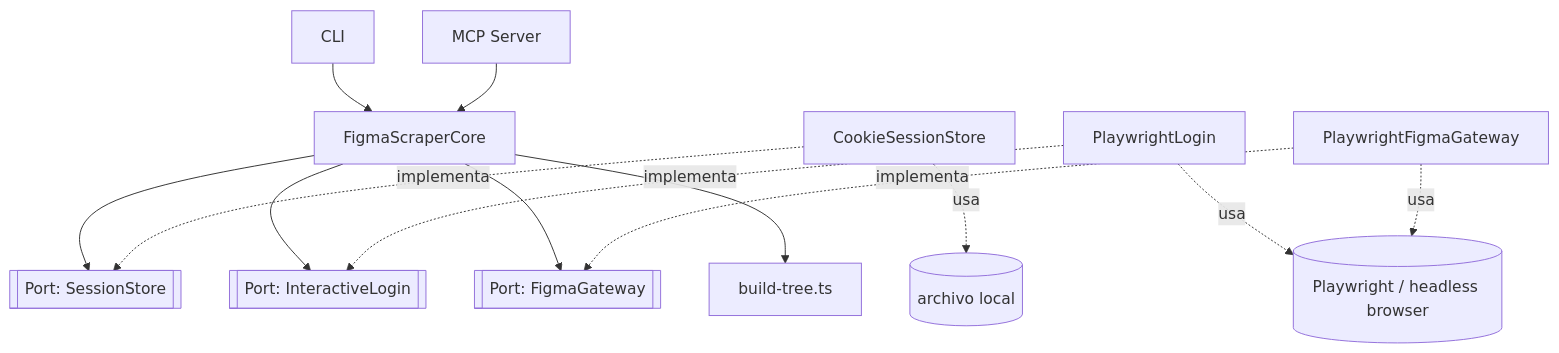
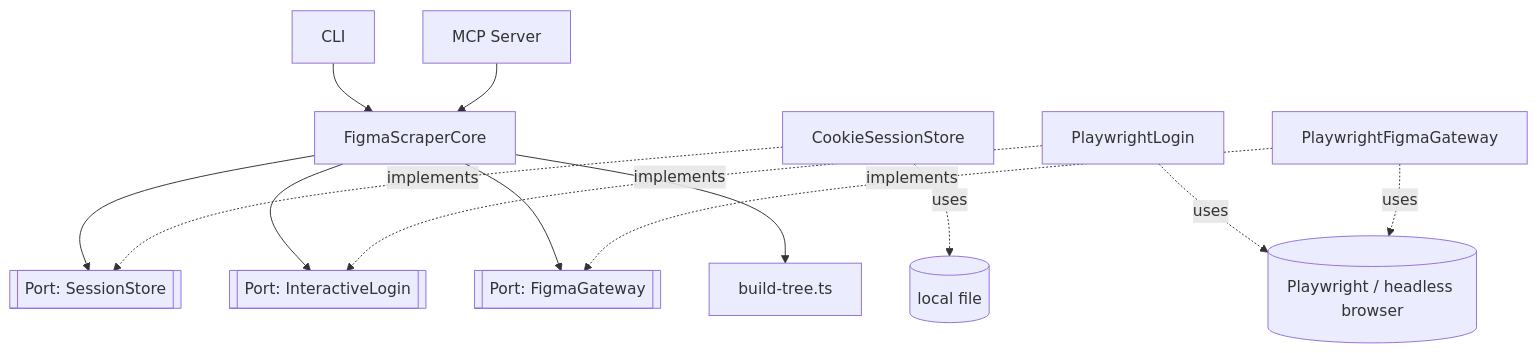
The diagram in packages/core/adr/ADR-figtools-core.md (dryor/figtools), drawn with Mermaid before and after one commit. The commit also changed other lines of this file and 54 other files, not shown here.

````diff
--- a/packages/core/adr/ADR-figtools-core.md
+++ b/packages/core/adr/ADR-figtools-core.md
@@ -114,18 +117,18 @@
 ```mermaid
 flowchart TD
     CLI[CLI] --> Core[FigmaScraperCore]
     MCP[MCP Server] --> Core
 
     Core --> PSession[["Port: SessionStore"]]
     Core --> PLogin[["Port: InteractiveLogin"]]
     Core --> PGateway[["Port: FigmaGateway"]]
     Core --> BuildTree[build-tree.ts]
 
-    ACookie[CookieSessionStore] -.implementa.-> PSession
-    ALogin[PlaywrightLogin] -.implementa.-> PLogin
-    AGateway[PlaywrightFigmaGateway] -.implementa.-> PGateway
+    ACookie[CookieSessionStore] -.implements.-> PSession
+    ALogin[PlaywrightLogin] -.implements.-> PLogin
+    AGateway[PlaywrightFigmaGateway] -.implements.-> PGateway
 
-    ACookie -.usa.-> FS[(archivo local)]
-    ALogin -.usa.-> Playwright[(Playwright / headless browser)]
-    AGateway -.usa.-> Playwright
+    ACookie -.uses.-> FS[(local file)]
+    ALogin -.uses.-> Playwright[(Playwright / headless browser)]
+    AGateway -.uses.-> Playwright
 ```
````
